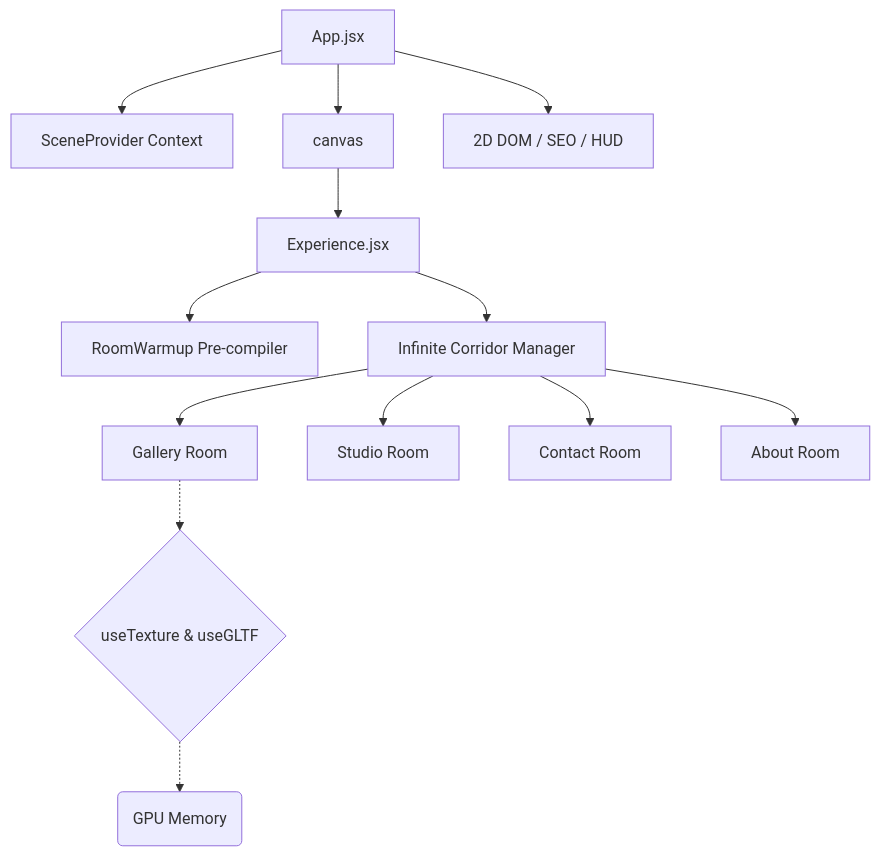
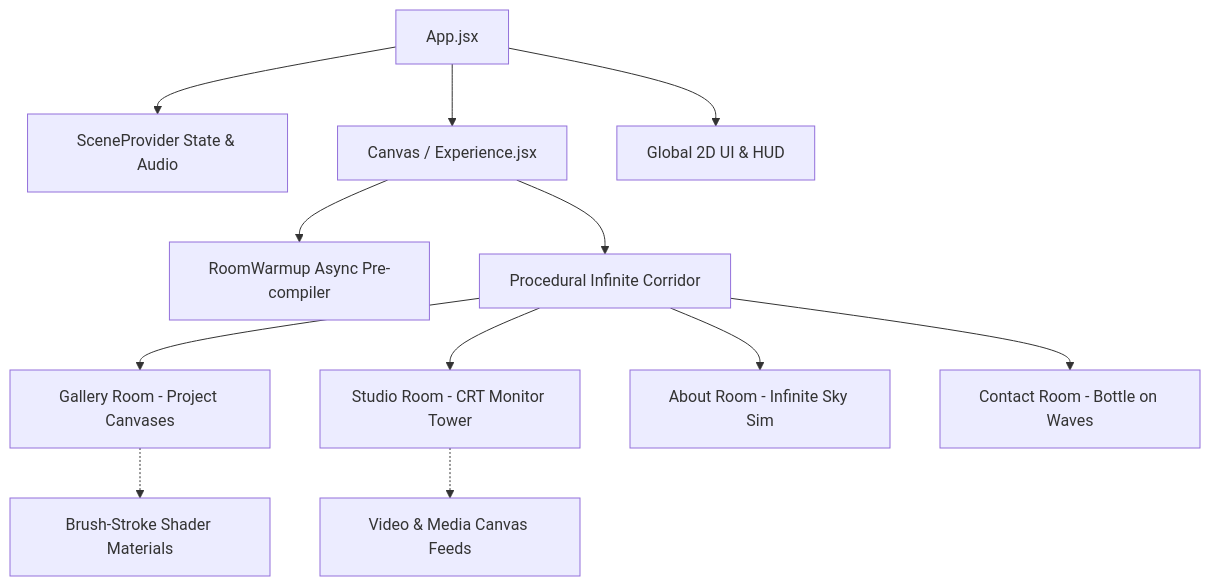
The diagram in README.md (sarthaksinghaniya/sarthaksinghaniya.dev), drawn with Mermaid before and after one commit. The commit also changed other lines of this file and 7 other files, not shown here.

Commit message:
feat(branding & seo): overhaul README, SEO structured schemas, sitemap, robots.txt, and creative Gen-Z artist copywriting

````diff
--- a/README.md
+++ b/README.md
@@ -32,18 +58,17 @@
 ```mermaid
 graph TD;
-    A[App.jsx] --> B[SceneProvider Context];
-    A --> C[canvas];
-    A --> D[2D DOM / SEO / HUD];
+    A[App.jsx] --> B[SceneProvider State & Audio];
+    A --> C[Canvas / Experience.jsx];
+    A --> D[Global 2D UI & HUD];
     
-    C --> E[Experience.jsx];
-    E --> F[RoomWarmup Pre-compiler];
-    E --> G[Infinite Corridor Manager];
+    C --> E[RoomWarmup Async Pre-compiler];
+    C --> F[Procedural Infinite Corridor];
     
-    G --> H[Gallery Room];
-    G --> I[Studio Room];
-    G --> J[Contact Room];
-    G --> K[About Room];
+    F --> G[Gallery Room - Project Canvases];
+    F --> H[Studio Room - CRT Monitor Tower];
+    F --> I[About Room - Infinite Sky Sim];
+    F --> J[Contact Room - Bottle on Waves];
     
-    H -.-> L{useTexture & useGLTF};
-    L -.-> M(GPU Memory);
+    G -.-> K[Brush-Stroke Shader Materials];
+    H -.-> L[Video & Media Canvas Feeds];
 ```
````
